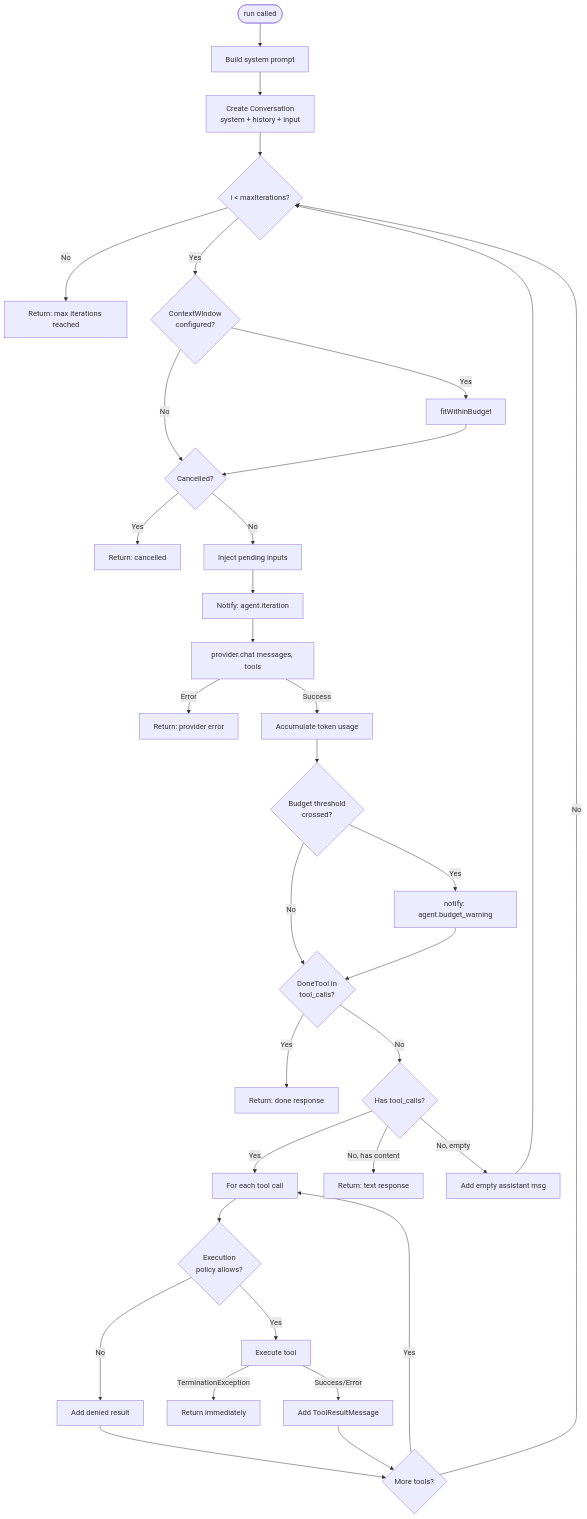
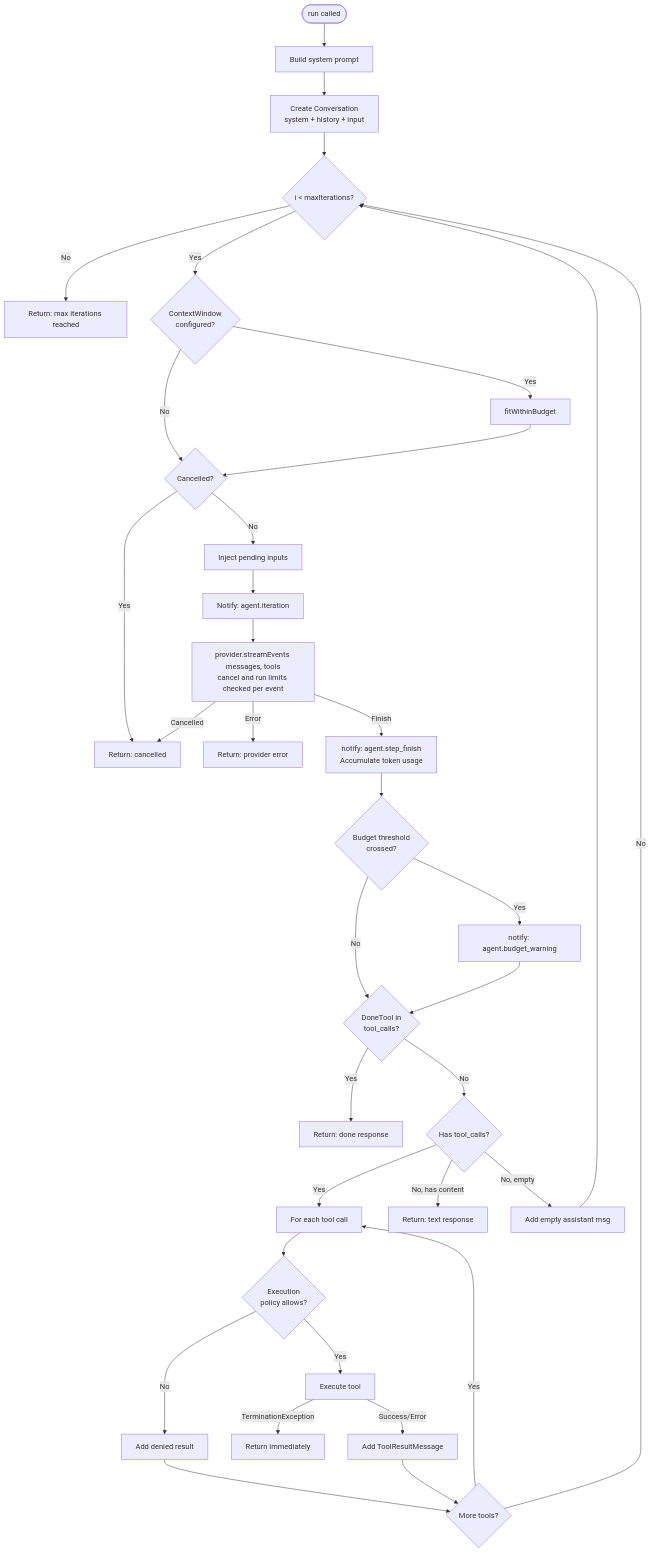
Before and after one commit to carmelosantana/php-agents: the second of 9 diagrams in docs/ARCHITECTURE.md, drawn with Mermaid. The commit also changed other lines of this file and 11 other files, not shown here.

````diff
--- a/docs/ARCHITECTURE.md
+++ b/docs/ARCHITECTURE.md
@@ -69,47 +69,48 @@
 ```mermaid
 flowchart TD
     START([run called]) --> BUILD[Build system prompt]
     BUILD --> CONV[Create Conversation<br/>system + history + input]
     CONV --> LOOP{i < maxIterations?}
 
     LOOP -->|No| MAX[Return: max iterations reached]
 
     LOOP -->|Yes| PRUNE{ContextWindow<br/>configured?}
     PRUNE -->|Yes| FIT[fitWithinBudget]
     PRUNE -->|No| CANCEL
     FIT --> CANCEL
 
     CANCEL{Cancelled?}
     CANCEL -->|Yes| CANCELLED[Return: cancelled]
     CANCEL -->|No| PENDING[Inject pending inputs]
 
     PENDING --> NOTIFY[Notify: agent.iteration]
-    NOTIFY --> CHAT[provider.chat messages, tools]
+    NOTIFY --> CHAT[provider.streamEvents messages, tools<br/>cancel and run limits checked per event]
 
     CHAT -->|Error| ERR[Return: provider error]
+    CHAT -->|Cancelled| CANCELLED
 
-    CHAT -->|Success| USAGE[Accumulate token usage]
+    CHAT -->|Finish| USAGE[notify: agent.step_finish<br/>Accumulate token usage]
     USAGE --> BUDGET{Budget threshold<br/>crossed?}
     BUDGET -->|Yes| WARN[notify: agent.budget_warning]
     BUDGET -->|No| DONE{DoneTool in<br/>tool_calls?}
     WARN --> DONE
 
     DONE -->|Yes| RETURN_DONE[Return: done response]
 
     DONE -->|No| TOOLS{Has tool_calls?}
 
     TOOLS -->|Yes| EXEC_LOOP[For each tool call]
     EXEC_LOOP --> POLICY{Execution<br/>policy allows?}
     POLICY -->|No| DENIED[Add denied result]
     POLICY -->|Yes| EXECUTE[Execute tool]
     EXECUTE -->|TerminationException| TERM[Return immediately]
     EXECUTE -->|Success/Error| RESULT[Add ToolResultMessage]
     DENIED --> NEXT_TOOL{More tools?}
     RESULT --> NEXT_TOOL
     NEXT_TOOL -->|Yes| EXEC_LOOP
     NEXT_TOOL -->|No| LOOP
 
     TOOLS -->|No, has content| TEXT[Return: text response]
     TOOLS -->|No, empty| RETRY[Add empty assistant msg]
     RETRY --> LOOP
 ```
````
